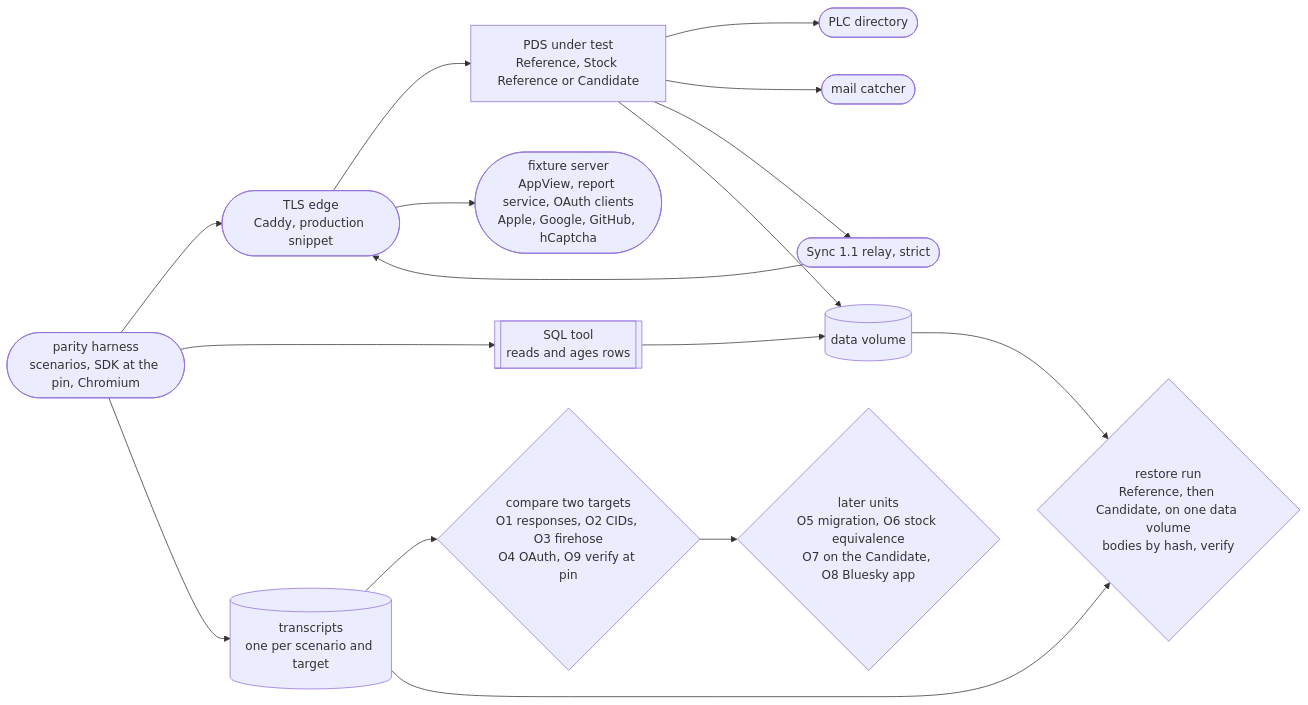
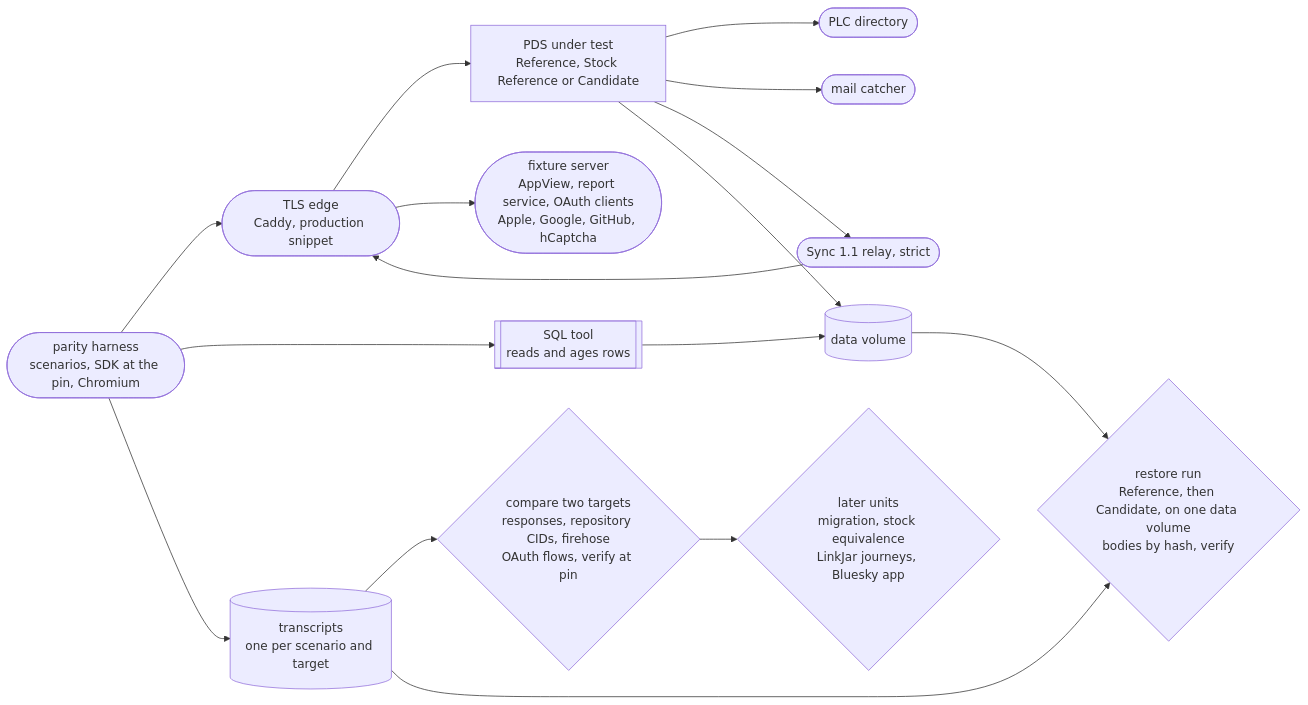
The diagram in docs/architecture/diagrams/14-parity.mmd (linkjar/pds), drawn with Mermaid before and after one commit. The commit also changed 19 other files, not shown here.

```diff
--- a/docs/architecture/diagrams/14-parity.mmd
+++ b/docs/architecture/diagrams/14-parity.mmd
@@ -1,29 +1,29 @@
 flowchart LR
   runner([parity harness<br/>scenarios, SDK at the pin, Chromium])
   fixtures([fixture server<br/>AppView, report service, OAuth clients<br/>Apple, Google, GitHub, hCaptcha])
   edge([TLS edge<br/>Caddy, production snippet])
   pds[PDS under test<br/>Reference, Stock Reference or Candidate]
   plc([PLC directory])
   relay([Sync 1.1 relay, strict])
   mail([mail catcher])
   data[(data volume)]
   sql[[SQL tool<br/>reads and ages rows]]
   transcripts[(transcripts<br/>one per scenario and target)]
-  compare{compare two targets<br/>O1 responses, O2 CIDs, O3 firehose<br/>O4 OAuth, O9 verify at pin}
+  compare{compare two targets<br/>responses, repository CIDs, firehose<br/>OAuth flows, verify at pin}
   restore{restore run<br/>Reference, then Candidate, on one data volume<br/>bodies by hash, verify}
-  later{later units<br/>O5 migration, O6 stock equivalence<br/>O7 on the Candidate, O8 Bluesky app}
+  later{later units<br/>migration, stock equivalence<br/>LinkJar journeys, Bluesky app}
   runner --> edge
   edge --> pds
   edge --> fixtures
   pds --> plc
   pds --> mail
   pds --> relay
   relay --> edge
   pds --> data
   sql --> data
   runner --> sql
   runner --> transcripts
   transcripts --> compare
   transcripts --> restore
   data --> restore
   compare --> later
```
